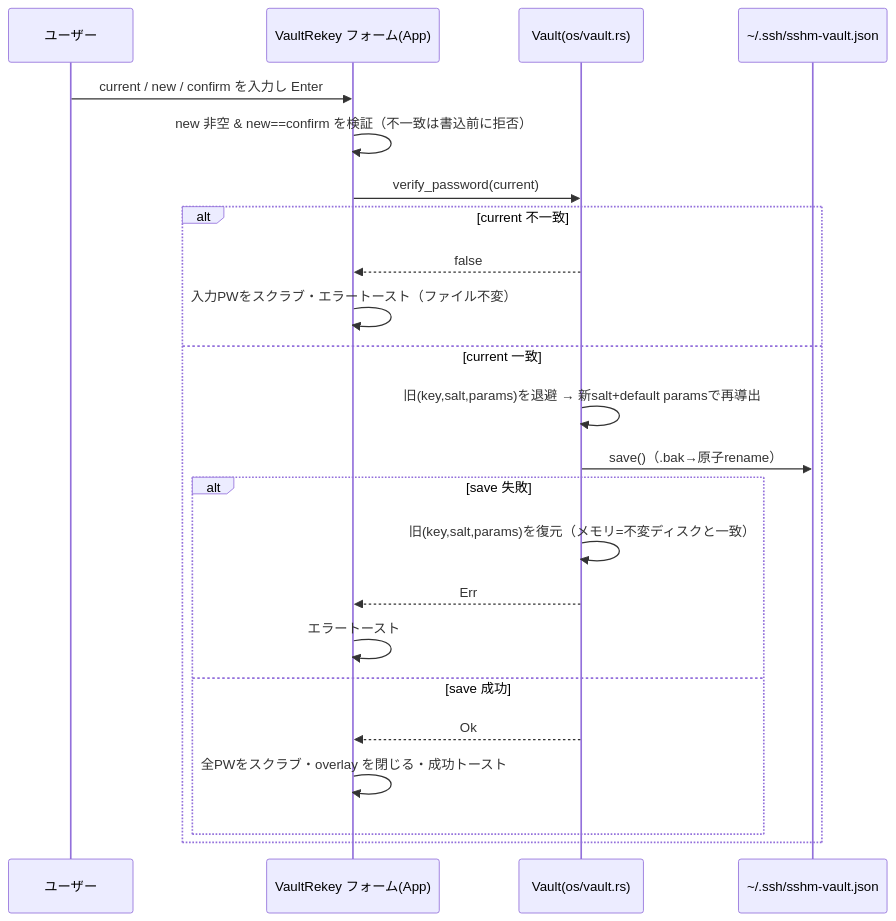
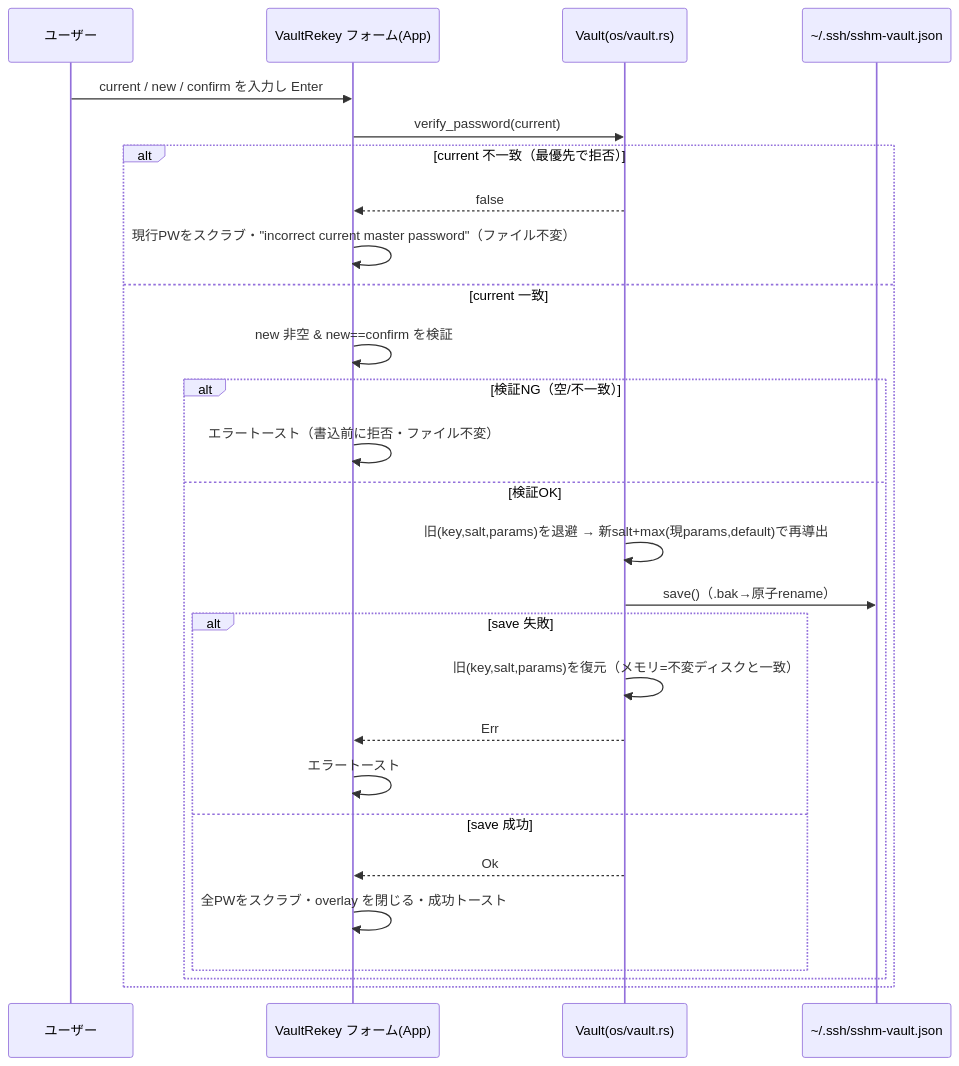
Before and after one commit to nakaba-lab/ssh-manager-tui: the second of 2 diagrams in docs/design/security.md, drawn with Mermaid. The commit also changed other lines of this file and 4 other files, not shown here.

````diff
--- a/docs/design/security.md
+++ b/docs/design/security.md
@@ -70,25 +70,29 @@
 ```mermaid
 sequenceDiagram
     participant U as ユーザー
     participant F as VaultRekey フォーム(App)
     participant V as Vault(os/vault.rs)
     participant D as ~/.ssh/sshm-vault.json
     U->>F: current / new / confirm を入力し Enter
-    F->>F: new 非空 & new==confirm を検証（不一致は書込前に拒否）
     F->>V: verify_password(current)
-    alt current 不一致
+    alt current 不一致（最優先で拒否）
         V-->>F: false
-        F->>F: 入力PWをスクラブ・エラートースト（ファイル不変）
+        F->>F: 現行PWをスクラブ・"incorrect current master password"（ファイル不変）
     else current 一致
-        V->>V: 旧(key,salt,params)を退避 → 新salt+default paramsで再導出
-        V->>D: save()（.bak→原子rename）
-        alt save 失敗
-            V->>V: 旧(key,salt,params)を復元（メモリ=不変ディスクと一致）
-            V-->>F: Err
-            F->>F: エラートースト
-        else save 成功
-            V-->>F: Ok
-            F->>F: 全PWをスクラブ・overlay を閉じる・成功トースト
+        F->>F: new 非空 & new==confirm を検証
+        alt 検証NG（空/不一致）
+            F->>F: エラートースト（書込前に拒否・ファイル不変）
+        else 検証OK
+            V->>V: 旧(key,salt,params)を退避 → 新salt+max(現params,default)で再導出
+            V->>D: save()（.bak→原子rename）
+            alt save 失敗
+                V->>V: 旧(key,salt,params)を復元（メモリ=不変ディスクと一致）
+                V-->>F: Err
+                F->>F: エラートースト
+            else save 成功
+                V-->>F: Ok
+                F->>F: 全PWをスクラブ・overlay を閉じる・成功トースト
+            end
         end
     end
 ```
````
